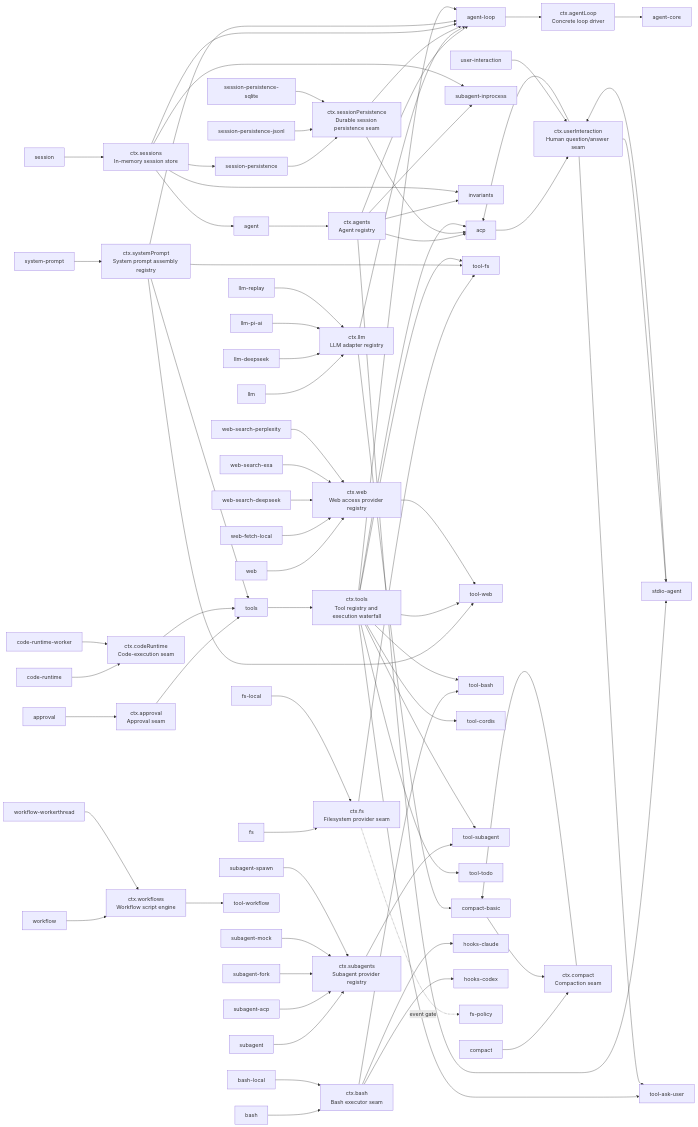
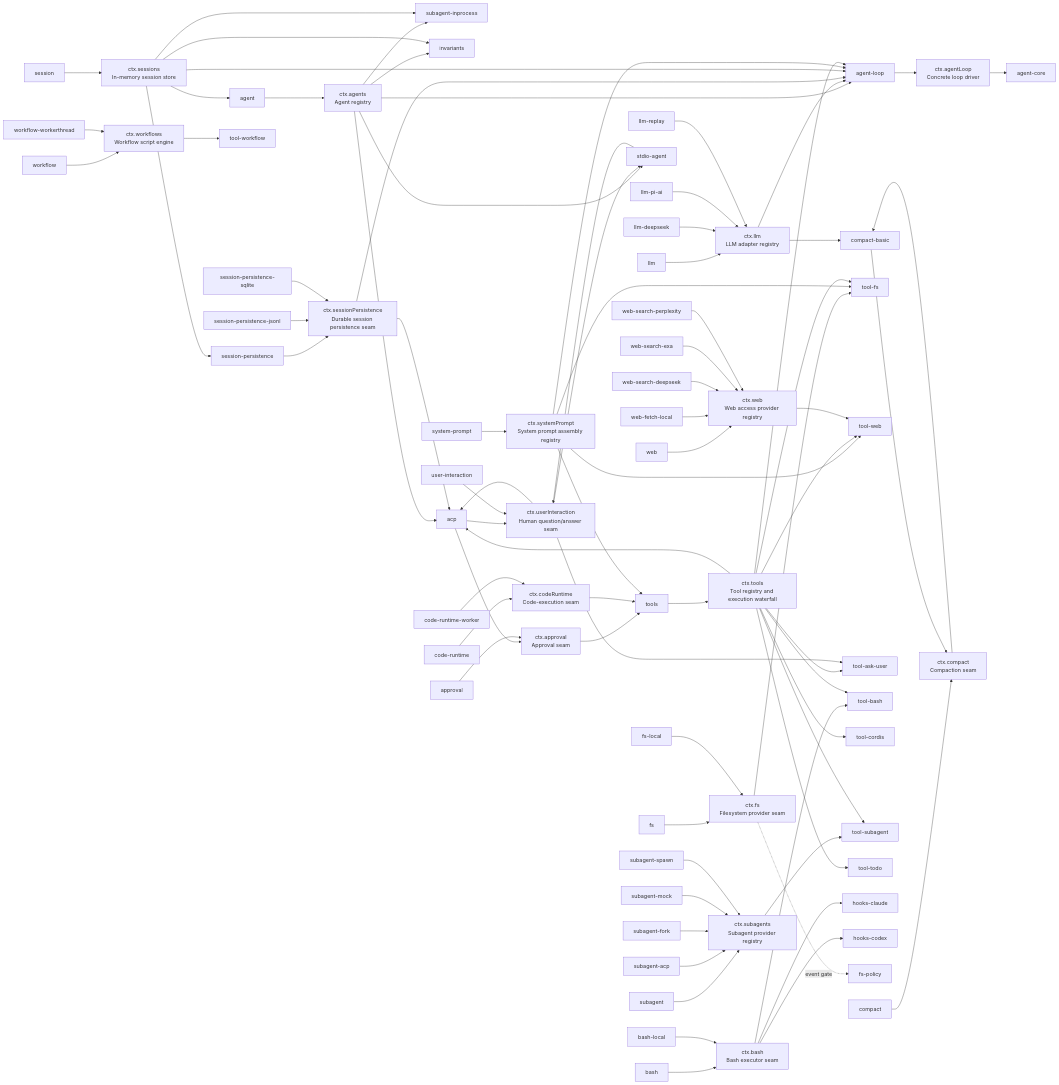
Before and after one commit to 007M7/DeepCode: the diagram in docs/capability-seams.md, drawn with Mermaid. The commit also changed other lines of this file and 17 other files, not shown here.

First line of the commit message:
feat(acp): the bridge approval answerer + scripted permission answers

```diff
--- a/docs/capability-seams.md
+++ b/docs/capability-seams.md
@@ -73,6 +73,7 @@
   svc_workflows["ctx.workflows<br/>Workflow script engine"]
   pkg_workflow_workerthread["workflow-workerthread"]
   pkg_tool_workflow["tool-workflow"]
+  pkg_acp --> svc_approval
   pkg_acp --> svc_userInteraction
   pkg_agent --> svc_agents
   pkg_agent_loop --> svc_agentLoop
```
